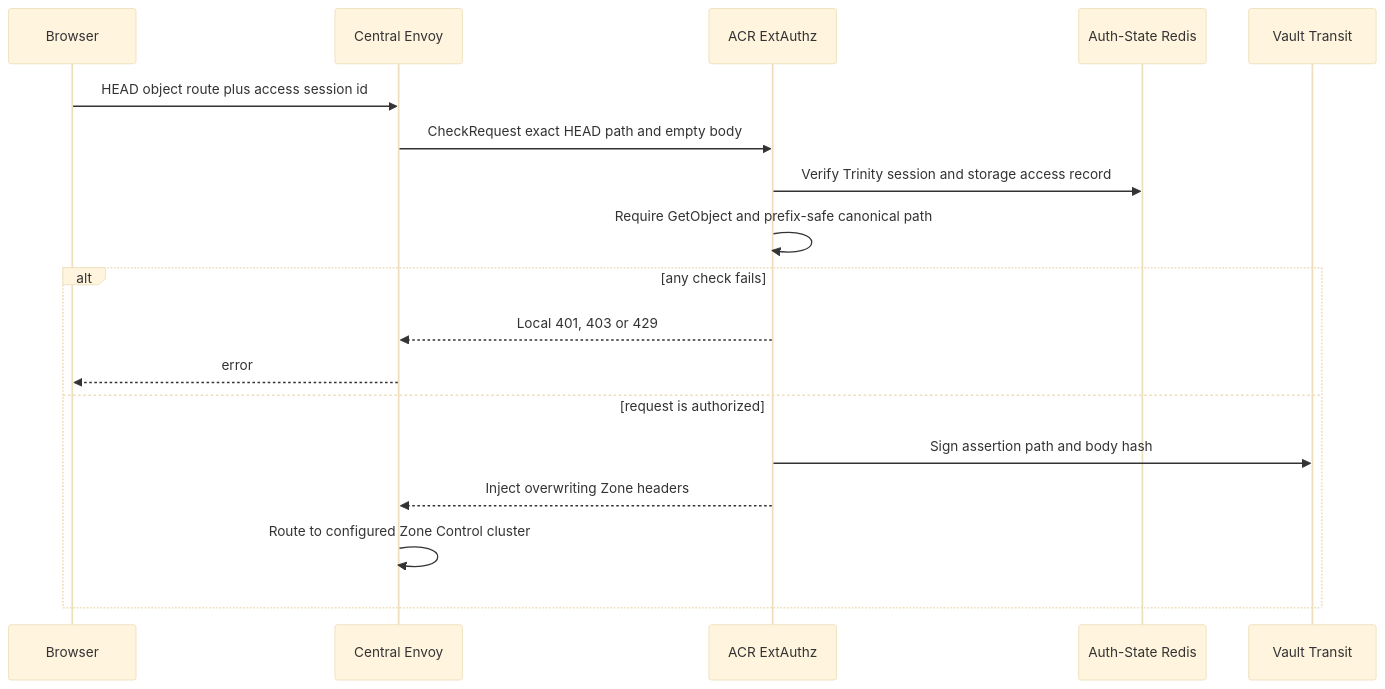
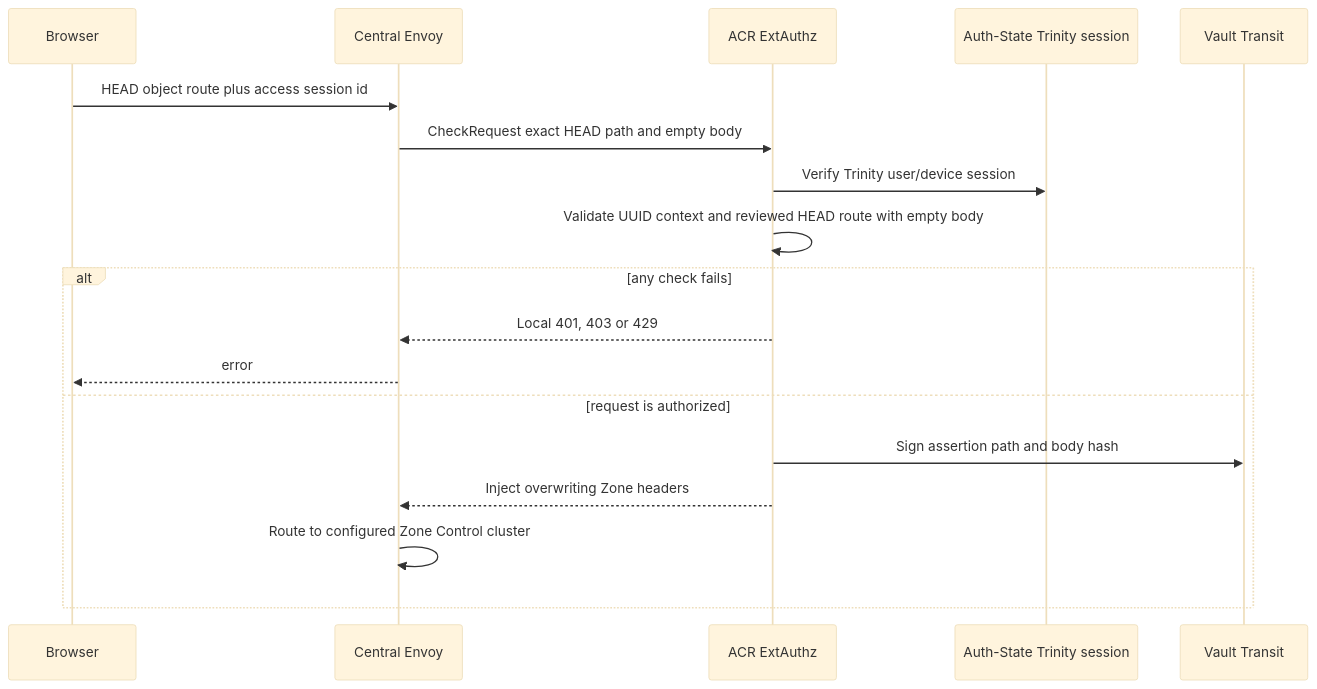
The first of 3 diagrams in god_view/storage/personal_storage_object_head_god_view_workflow.md (phucle996/aurora), drawn with Mermaid (base theme) before and after one commit. The commit also changed other lines of this file and 131 other files, not shown here.

````diff
--- a/god_view/storage/personal_storage_object_head_god_view_workflow.md
+++ b/god_view/storage/personal_storage_object_head_god_view_workflow.md
@@ -73,21 +73,21 @@
 ```mermaid
 sequenceDiagram
     participant B as Browser
     participant E as Central Envoy
     participant A as ACR ExtAuthz
-    participant AR as Auth-State Redis
+    participant AR as Auth-State Trinity session
     participant V as Vault Transit
 
     B->>E: HEAD object route plus access session id
     E->>A: CheckRequest exact HEAD path and empty body
-    A->>AR: Verify Trinity session and storage access record
-    A->>A: Require GetObject and prefix-safe canonical path
+    A->>AR: Verify Trinity user/device session
+    A->>A: Validate UUID context and reviewed HEAD route with empty body
     alt any check fails
         A-->>E: Local 401, 403 or 429
         E-->>B: error
     else request is authorized
         A->>V: Sign assertion path and body hash
         A-->>E: Inject overwriting Zone headers
         E->>E: Route to configured Zone Control cluster
     end
 ```
````
